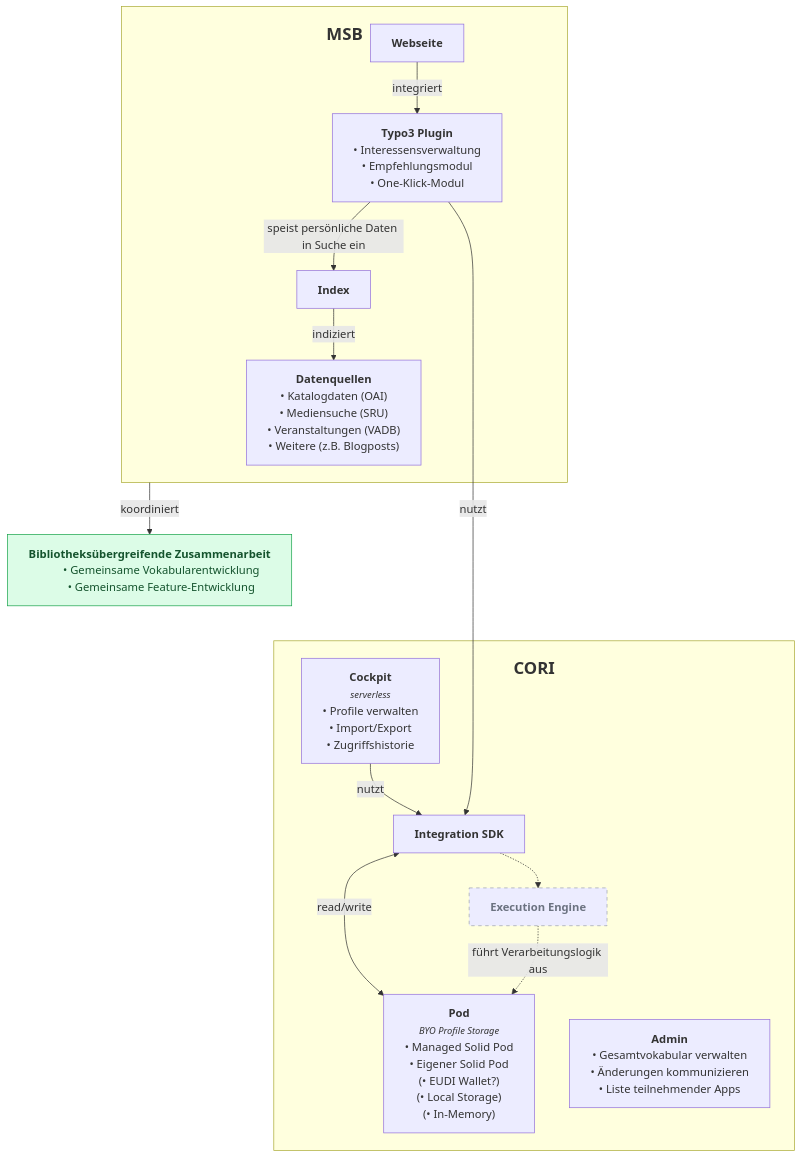
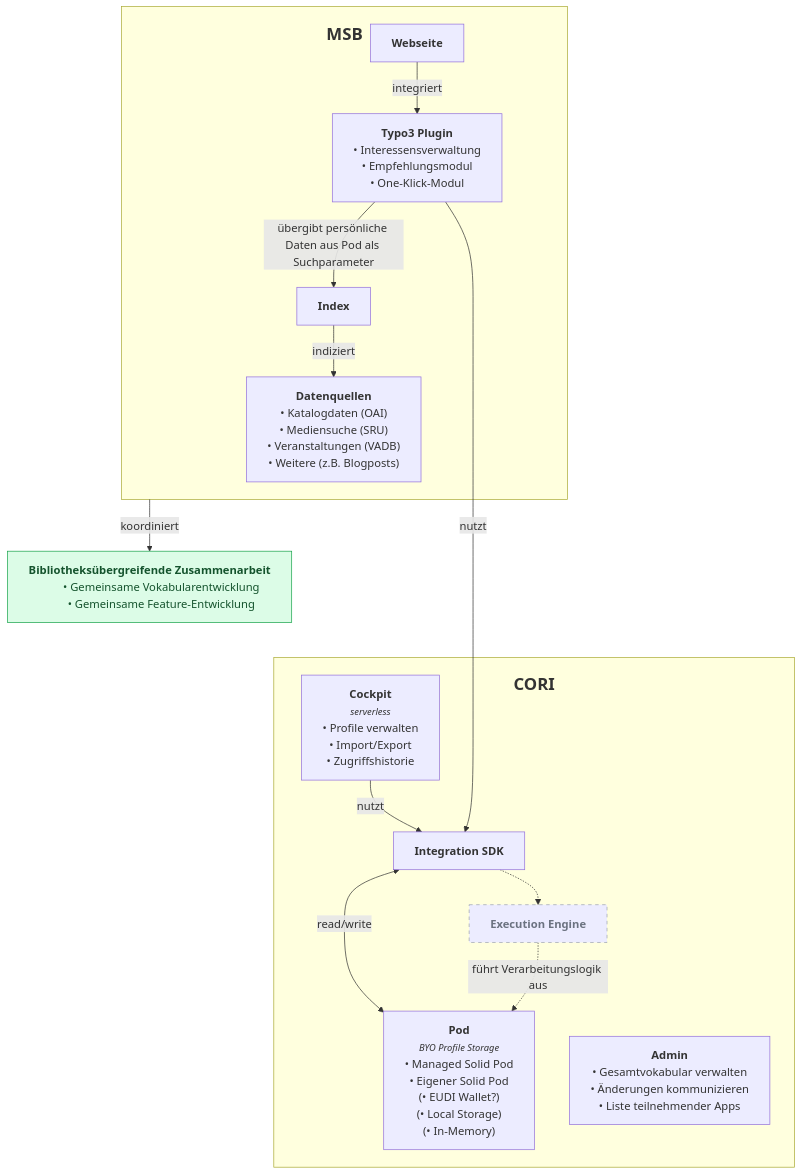
One commit to it-at-m/bib-pods changed the diagram in README.md. Above: the diagram before and after it, drawn with Mermaid.

Commit message:
Improve statement about passing personal data to index

````diff
--- a/README.md
+++ b/README.md
@@ -17,59 +17,59 @@
 ```mermaid
 flowchart TD
     classDef nonArch fill:#dcfce7,stroke:#16a34a,color:#14532d
     classDef planned stroke:#9ca3af,color:#6b7280,stroke-dasharray: 5 5
 
     subgraph msb["<h2>MSB</h2>"]
         data["<b>Datenquellen</b>
             #bull; Katalogdaten (OAI)
             #bull; Mediensuche (SRU)
             #bull; Veranstaltungen (VADB)
             #bull; Weitere (z.B. Blogposts)
         "]
         site["<b>Webseite</b>"]
         typo3["<b>Typo3 Plugin</b>
             #bull; Interessensverwaltung
             #bull; Empfehlungsmodul
             #bull; One-Klick-Modul
         "]
         index["<b>Index</b>"]
-        typo3 -->|speist persönliche Daten in Suche ein| index
+        typo3 -->|übergibt persönliche Daten aus Pod als Suchparameter| index
         index -->|indiziert| data
         site -->|integriert| typo3
     end
 
     subgraph cori["<h2>CORI</h2>"]
         cockpit["<b>Cockpit</b>
             <small><i>serverless</i></small>
             #bull; Profile verwalten
             #bull; Import/Export
             #bull; Zugriffshistorie
         "]
         pod["<b>Pod</b>
             <small><i>BYO Profile Storage</i></small>
             #bull;&nbsp;Managed&nbsp;Solid&nbsp;Pod
             #bull; Eigener Solid Pod
             <span color=gray>(#bull; EUDI Wallet?)</span>
             (#bull; Local Storage)
             (#bull; In-Memory)
         "]
         admin["<b>Admin</b><br>#bull;&nbsp;Gesamtvokabular&nbsp;verwalten<br>#bull;&nbsp;Änderungen&nbsp;kommunizieren<br>#bull;&nbsp;Liste&nbsp;teilnehmender&nbsp;Apps"]
         exec["<b>Execution Engine</b>"]:::planned
         integrate["<b>Integration SDK</b>"]
         cockpit -->|nutzt| integrate
         integrate <-->|read/write| pod
         integrate -.-> exec
         exec -.->|führt Verarbeitungslogik aus| pod
     end
 
     bibComm["<b>Bibliotheksübergreifende&nbsp;Zusammenarbeit</b>
         #bull;&nbsp;Gemeinsame&nbsp;Vokabularentwicklung
         #bull;&nbsp;Gemeinsame&nbsp;Feature-Entwicklung
     "]:::nonArch
     
     cori ~~~ msb
     msb ~~~ spacer[" "] ~~~ cori
     style spacer fill:none,stroke:none
     typo3 -->|nutzt| integrate
     msb -->|koordiniert| bibComm
 ```
````
